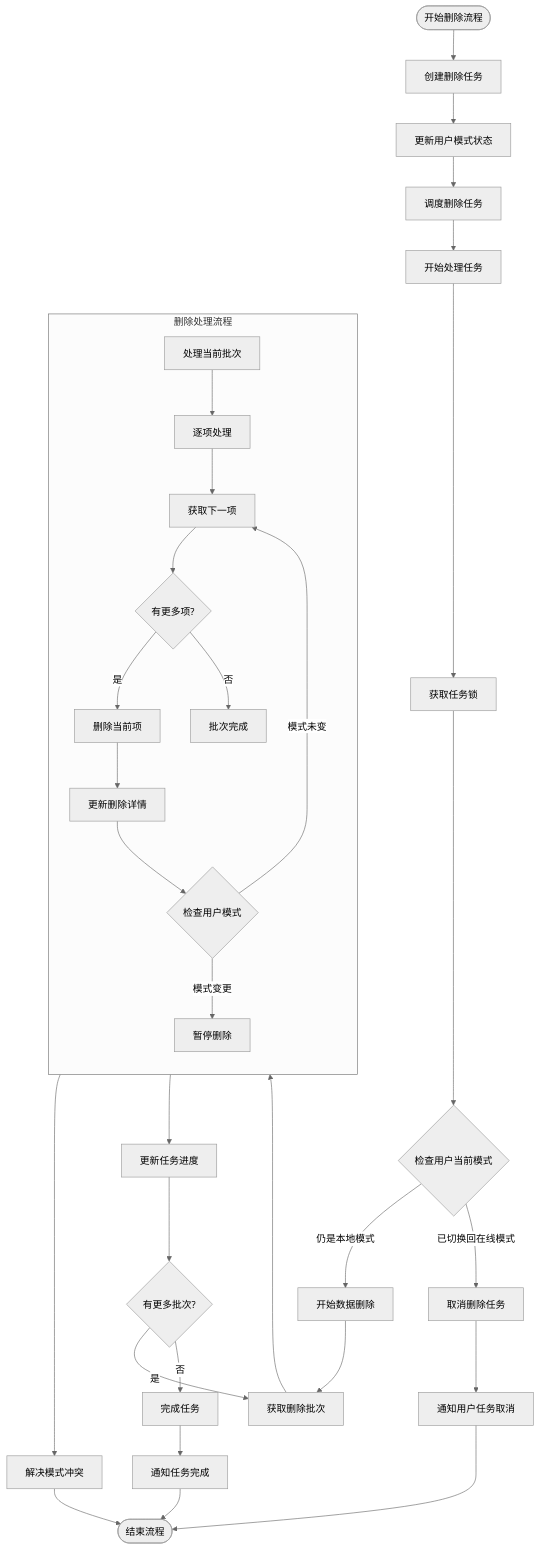
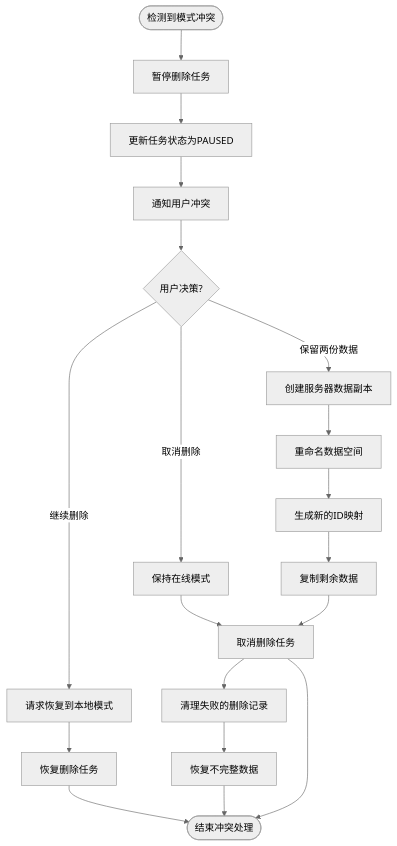
The diagram in all/未命名-51.md (yingjianzh/iodraw-files), drawn with Mermaid (neutral theme) before and after one commit.

Commit message:
2025-05-08 13:56:50 update

````diff
--- a/all/未命名-51.md
+++ b/all/未命名-51.md
@@ -1,46 +1,25 @@
 ```mermaid
 flowchart TD
-    Start([开始删除流程]) --> CreateTask[创建删除任务]
-    CreateTask --> UpdateUserStatus[更新用户模式状态]
-    UpdateUserStatus --> ScheduleTask[调度删除任务]
+    Start([检测到模式冲突]) --> PauseDeletion[暂停删除任务]
+    PauseDeletion --> UpdateTaskStatus[更新任务状态为PAUSED]
+    UpdateTaskStatus --> NotifyUser[通知用户冲突]
     
-    ScheduleTask --> ProcessTask[开始处理任务]
-    ProcessTask --> LockTask[获取任务锁]
+    NotifyUser --> GetUserDecision{用户决策?}
+    GetUserDecision -->|继续删除| RevertToLocal[请求恢复到本地模式]
+    GetUserDecision -->|取消删除| StayOnline[保持在线模式]
+    GetUserDecision -->|保留两份数据| CreateCopy[创建服务器数据副本]
     
-    LockTask --> CheckUserMode{检查用户当前模式}
-    CheckUserMode -->|仍是本地模式| StartDeletion[开始数据删除]
-    CheckUserMode -->|已切换回在线模式| CancelTask[取消删除任务]
+    RevertToLocal --> ResumeTask[恢复删除任务]
+    ResumeTask --> End([结束冲突处理])
     
-    StartDeletion --> GetDeletionBatch[获取删除批次]
+    StayOnline --> CancelTask[取消删除任务]
+    CancelTask --> CleanupFailedDeletions[清理失败的删除记录]
+    CleanupFailedDeletions --> RestoreIncomplete[恢复不完整数据]
+    RestoreIncomplete --> End
     
-    subgraph DeletionProcess [删除处理流程]
-        direction TB
-        ProcessBatch[处理当前批次] --> ItemLoop[逐项处理]
-        
-        ItemLoop --> NextItem[获取下一项]
-        NextItem --> HasItem{有更多项?}
-        HasItem -->|是| DeleteItem[删除当前项]
-        HasItem -->|否| BatchComplete[批次完成]
-        
-        DeleteItem --> UpdateDetail[更新删除详情]
-        UpdateDetail --> CheckMode{检查用户模式}
-        CheckMode -->|模式变更| PauseDeletion[暂停删除]
-        CheckMode -->|模式未变| NextItem
-    end
-    
-    GetDeletionBatch --> DeletionProcess
-    DeletionProcess --> UpdateProgress[更新任务进度]
-    
-    UpdateProgress --> CheckMoreBatches{有更多批次?}
-    CheckMoreBatches -->|是| GetDeletionBatch
-    CheckMoreBatches -->|否| FinalizeTask[完成任务]
-    
-    PauseDeletion --> ResolveConflict[解决模式冲突]
-    ResolveConflict --> End([结束流程])
-    
-    CancelTask --> NotifyUser[通知用户任务取消]
-    NotifyUser --> End
-    
-    FinalizeTask --> NotifyCompletion[通知任务完成]
-    NotifyCompletion --> End
+    CreateCopy --> RenameDataspace[重命名数据空间]
+    RenameDataspace --> GenerateNewIDs[生成新的ID映射]
+    GenerateNewIDs --> CopyRemainingData[复制剩余数据]
+    CopyRemainingData --> CancelTask
+    CancelTask --> End
 ```
````
